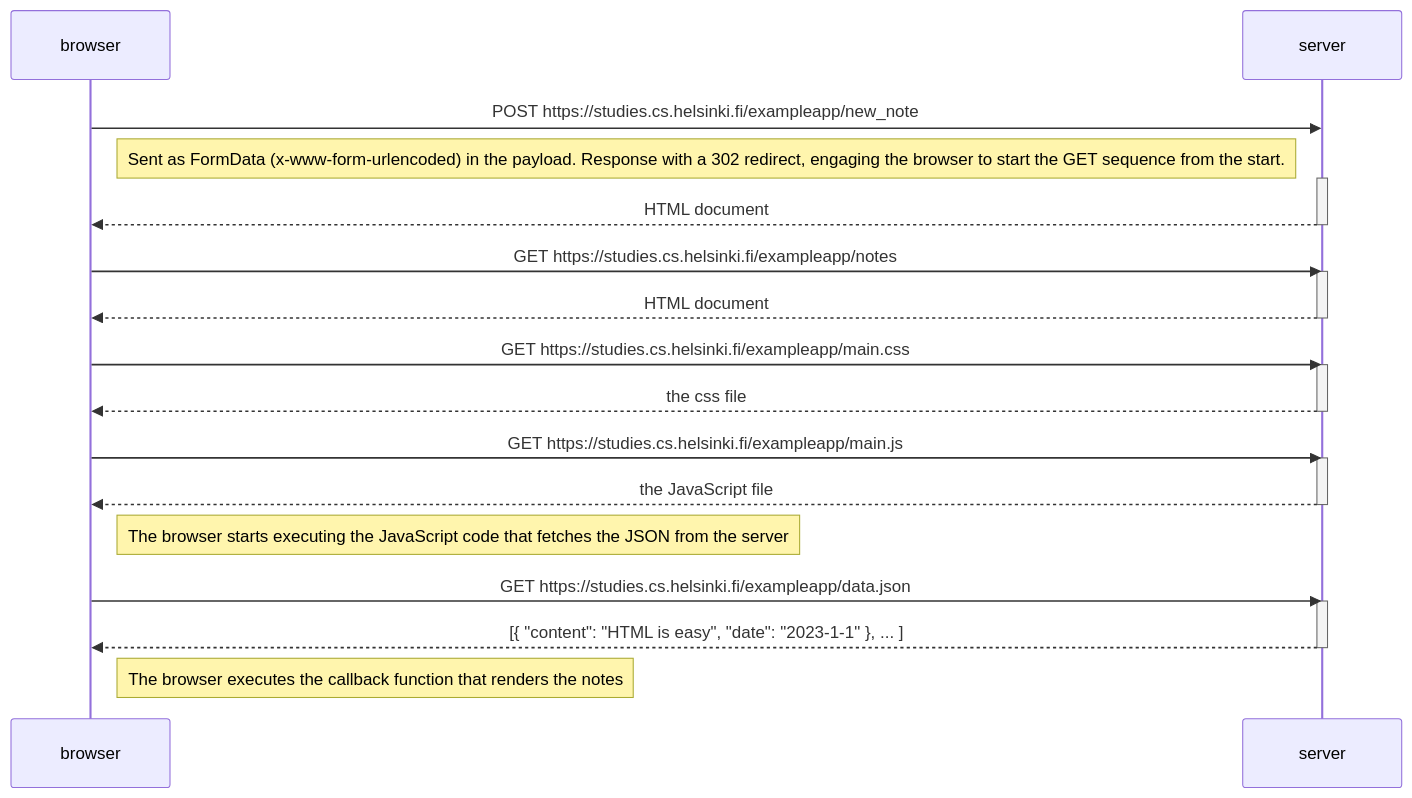
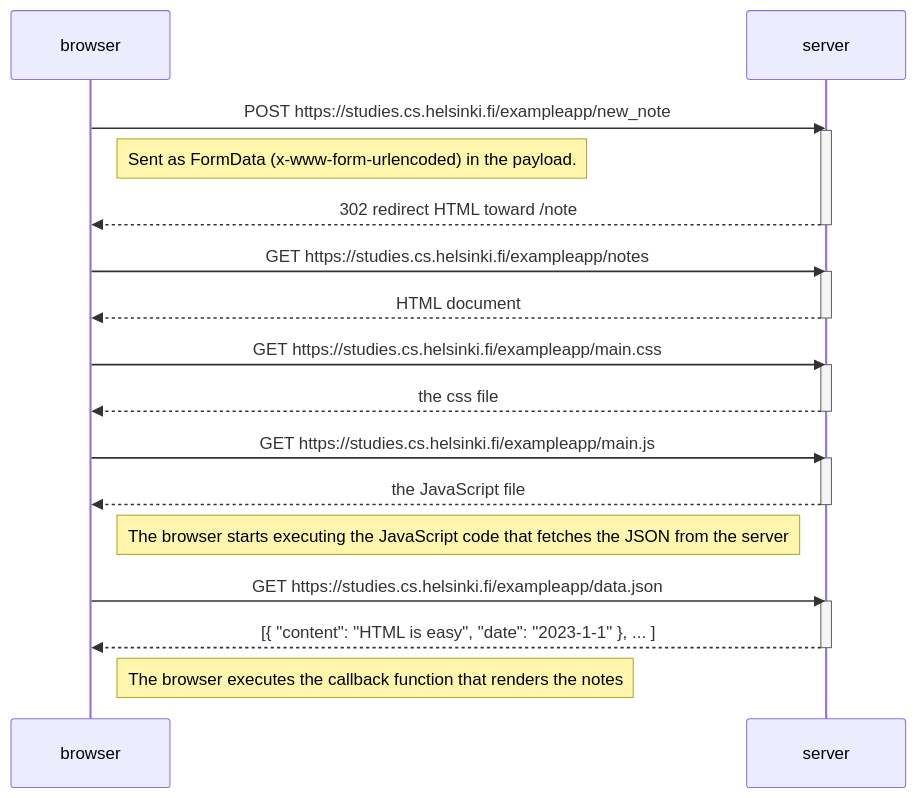
One commit to c-marc/FSO changed the diagram in part0/ex4.md. Above: the diagram before and after it, drawn with Mermaid.

Commit message:
Add note to graph

````diff
--- a/part0/ex4.md
+++ b/part0/ex4.md
@@ -3,37 +3,37 @@
 ```mermaid
 sequenceDiagram
     participant browser
     participant server
 
     browser->>server: POST https://studies.cs.helsinki.fi/exampleapp/new_note
+    activate server
 
-    Note right of browser: Sent as FormData (x-www-form-urlencoded) in the payload. Response with a 302 redirect, engaging the browser to start the GET sequence from the start.
+    Note right of browser: Sent as FormData (x-www-form-urlencoded) in the payload.
 
-    activate server
-    server-->>browser: HTML document
+    server-->>browser: 302 redirect HTML toward /note
     deactivate server
 
     browser->>server: GET https://studies.cs.helsinki.fi/exampleapp/notes
     activate server
     server-->>browser: HTML document
     deactivate server
 
     browser->>server: GET https://studies.cs.helsinki.fi/exampleapp/main.css
     activate server
     server-->>browser: the css file
     deactivate server
 
     browser->>server: GET https://studies.cs.helsinki.fi/exampleapp/main.js
     activate server
     server-->>browser: the JavaScript file
     deactivate server
 
     Note right of browser: The browser starts executing the JavaScript code that fetches the JSON from the server
 
     browser->>server: GET https://studies.cs.helsinki.fi/exampleapp/data.json
     activate server
     server-->>browser: [{ "content": "HTML is easy", "date": "2023-1-1" }, ... ]
     deactivate server
 
     Note right of browser: The browser executes the callback function that renders the notes
 ```
````
